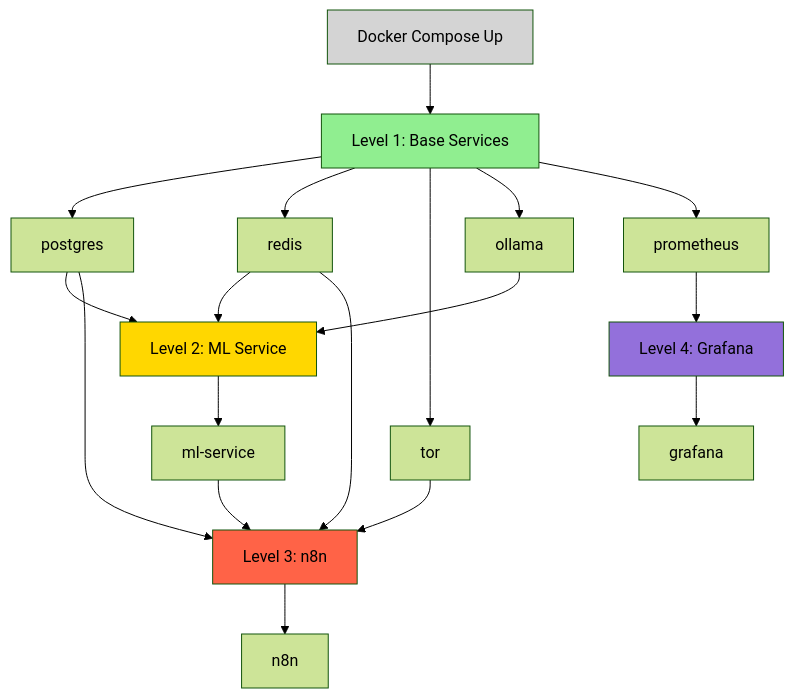
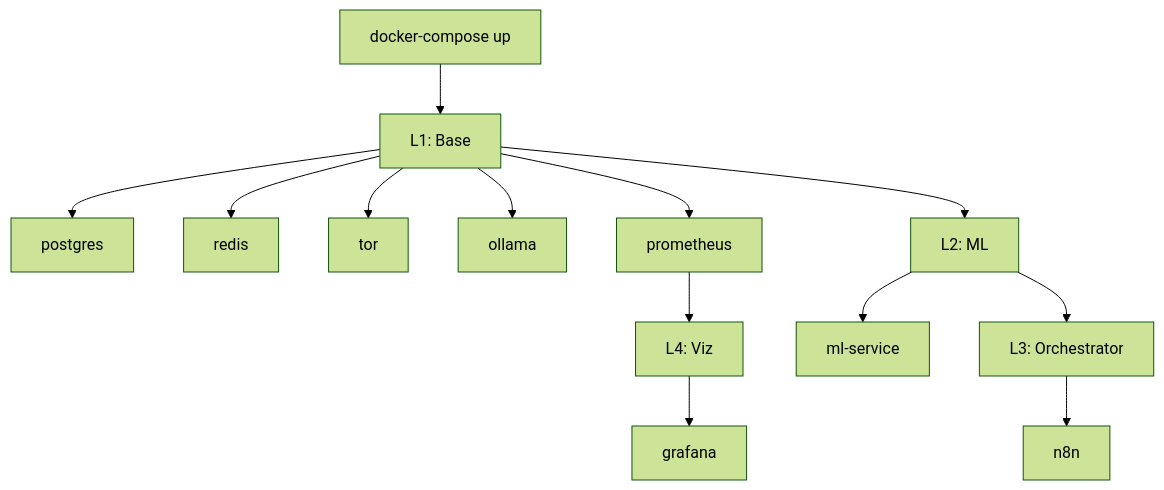
The fourth of 7 diagrams in ARCHITECTURE.md (KomarovAI/n8n-scraper-docker), drawn with Mermaid (forest theme) before and after one commit. The commit also changed other lines of this file, not shown here.

First line of the commit message:
docs: ML-optimized architecture v3.0 - diagrams only, 85% reduction

````diff
--- a/ARCHITECTURE.md
+++ b/ARCHITECTURE.md
@@ -123,29 +83,18 @@
 ```mermaid
 graph TD
-    Start[Docker Compose Up] --> L1[Level 1: Base Services]
+    Start[docker-compose up] --> L1[L1: Base]
     L1 --> postgres
     L1 --> redis
     L1 --> tor
     L1 --> ollama
     L1 --> prometheus
     
-    postgres --> L2[Level 2: ML Service]
-    redis --> L2
-    ollama --> L2
+    L1 --> L2[L2: ML]
     L2 --> ml-service
     
-    postgres --> L3[Level 3: n8n]
-    redis --> L3
-    tor --> L3
-    ml-service --> L3
+    L2 --> L3[L3: Orchestrator]
     L3 --> n8n
     
-    prometheus --> L4[Level 4: Grafana]
+    prometheus --> L4[L4: Viz]
     L4 --> grafana
-
-    style Start fill:#d4d4d4
-    style L1 fill:#90ee90
-    style L2 fill:#ffd700
-    style L3 fill:#ff6347
-    style L4 fill:#9370db
 ```
````
